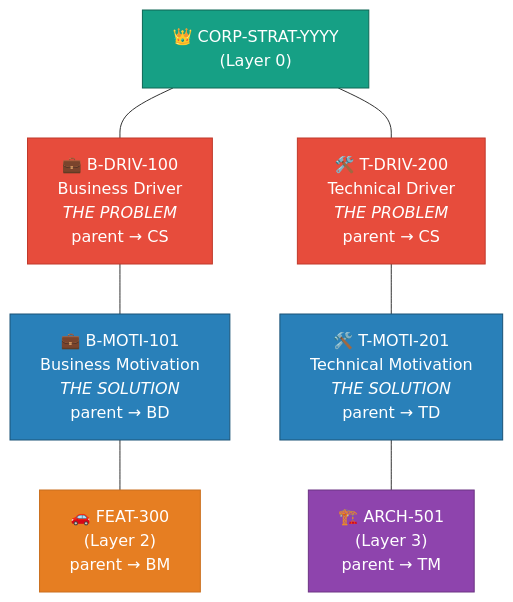
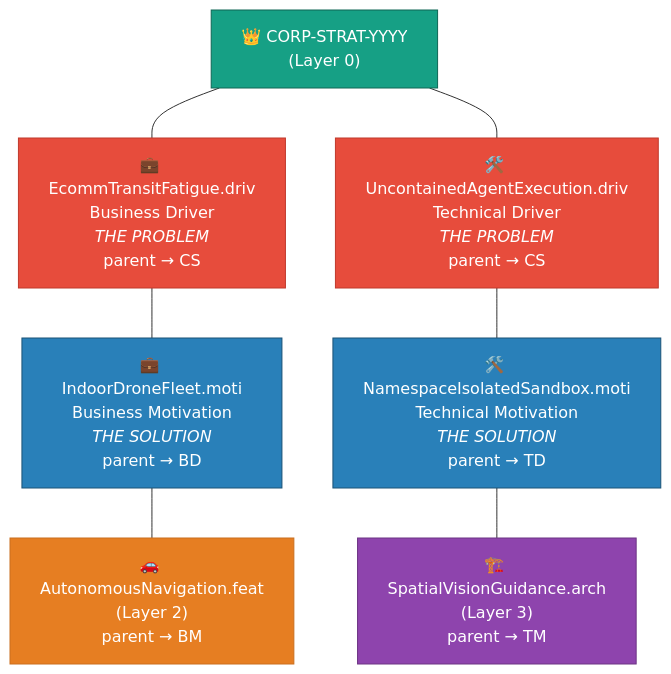
Before and after one commit to hanasaki/hanaden-bwrap-enhanced: the diagram in docs/doc-templates/20260816-035418-673000-72e4-a2e5-fbacfb28adcd-DriverMotivationTmpl.tmpl-0.0.1.md, drawn with Mermaid. The commit also changed other lines of this file, not shown here.

Commit message:
docs(tmpl): DriverMotivationTmpl -- tdd state, Slug.class IDs, test-file, dir convention

````diff
--- a/docs/doc-templates/20260816-035418-673000-72e4-a2e5-fbacfb28adcd-DriverMotivationTmpl.tmpl-0.0.1.md
+++ b/docs/doc-templates/20260816-035418-673000-72e4-a2e5-fbacfb28adcd-DriverMotivationTmpl.tmpl-0.0.1.md
@@ -67,26 +67,26 @@
 ```mermaid
 flowchart TD
     CS["👑 CORP-STRAT-YYYY<br/>(Layer 0)"]:::l0
 
-    BD["💼 B-DRIV-100<br/>Business Driver<br/><i>THE PROBLEM</i><br/>parent → CS"]:::driv
-    BM["💼 B-MOTI-101<br/>Business Motivation<br/><i>THE SOLUTION</i><br/>parent → BD"]:::moti
+    BD["💼 EcommTransitFatigue.driv<br/>Business Driver<br/><i>THE PROBLEM</i><br/>parent → CS"]:::driv
+    BM["💼 IndoorDroneFleet.moti<br/>Business Motivation<br/><i>THE SOLUTION</i><br/>parent → BD"]:::moti
 
-    TD2["🛠️ T-DRIV-200<br/>Technical Driver<br/><i>THE PROBLEM</i><br/>parent → CS"]:::driv
-    TM["🛠️ T-MOTI-201<br/>Technical Motivation<br/><i>THE SOLUTION</i><br/>parent → TD"]:::moti
+    TD2["🛠️ UncontainedAgentExecution.driv<br/>Technical Driver<br/><i>THE PROBLEM</i><br/>parent → CS"]:::driv
+    TM["🛠️ NamespaceIsolatedSandbox.moti<br/>Technical Motivation<br/><i>THE SOLUTION</i><br/>parent → TD"]:::moti
 
-    F1["🚗 FEAT-300<br/>(Layer 2)<br/>parent → BM"]:::l2
-    A1["🏗️ ARCH-501<br/>(Layer 3)<br/>parent → TM"]:::l3
+    F1["🚗 AutonomousNavigation.feat<br/>(Layer 2)<br/>parent → BM"]:::l2
+    A1["🏗️ SpatialVisionGuidance.arch<br/>(Layer 3)<br/>parent → TM"]:::l3
 
     CS --- BD
     BD --- BM
     BM --- F1
     CS --- TD2
     TD2 --- TM
     TM --- A1
 
     classDef l0   fill:#16a085,stroke:#0e6655,color:#fff
     classDef driv fill:#e74c3c,stroke:#c0392b,color:#fff
     classDef moti fill:#2980b9,stroke:#1a5276,color:#fff
     classDef l2   fill:#e67e22,stroke:#ca6f1e,color:#fff
     classDef l3   fill:#8e44ad,stroke:#6c3483,color:#fff
 ```
````
